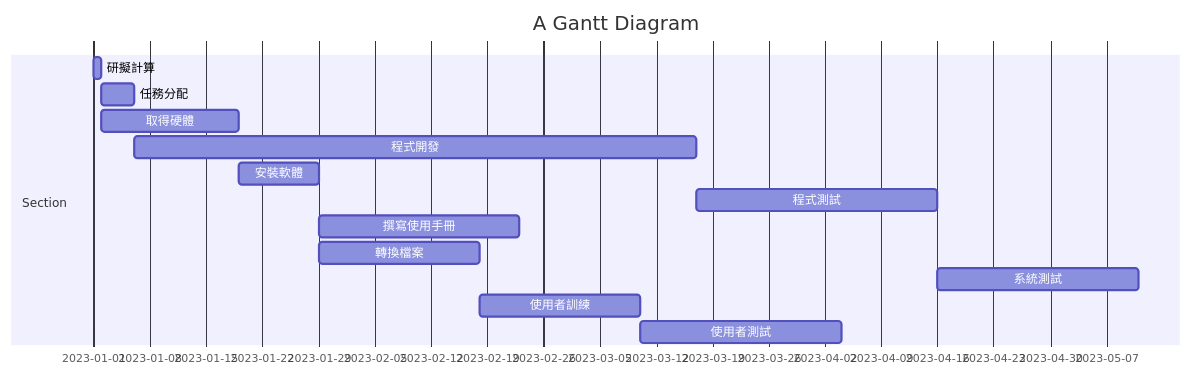
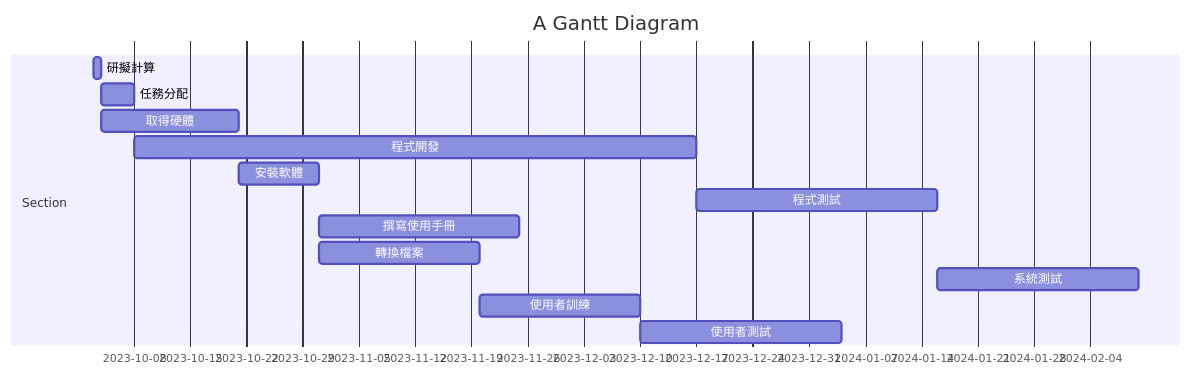
The diagram in hw2.md (manshen1001/hw2), drawn with Mermaid before and after one commit.

````diff
--- a/hw2.md
+++ b/hw2.md
@@ -5,17 +5,17 @@
 ```mermaid
 gantt
     title A Gantt Diagram
 
     section Section
-    研擬計算 :b1, 2023-01-01, 1d
-    任務分配 :b2,after b1, 4d
-    取得硬體 :b3,after b1 , 17d
-    程式開發 :b4,after b2  , 70d
-    安裝軟體 :b5,after b3 , 10d
-    程式測試 :b6,after b4 , 30d
-    撰寫使用手冊 :b7,after b5 , 25d
-    轉換檔案 : b8,after b5 , 20d
-    系統測試 : b9,after b6 , 25d
-    使用者訓練 :b10, after b8 , 20d
-    使用者測試 :  after b10 , 25d
+    研擬計算 :b1, 2023-10-03, 1d
+    任務分配 :b2 ,after b1, 4d
+    取得硬體 :b3 ,after b1 , 17d
+    程式開發 :b4 ,after b2  , 70d
+    安裝軟體 :b5 ,after b3 , 10d
+    程式測試 :b6 ,after b4 , 30d
+    撰寫使用手冊 :b7 ,after b5 , 25d
+    轉換檔案 : b8 ,after b5 , 20d
+    系統測試 : b9 ,after b6 , 25d
+    使用者訓練 :b10 , after b8 & b7 , 20d
+    使用者測試 : b11 , after b10 & b9 , 25d
 ```
````
